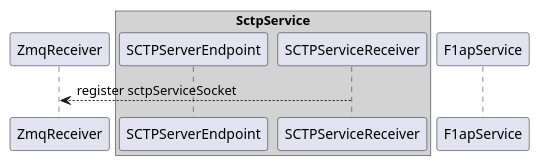
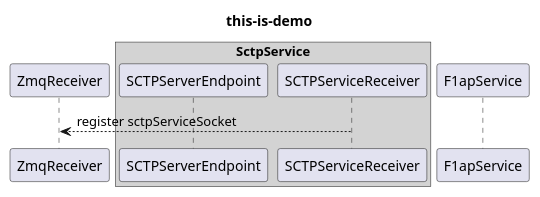
The diagram in etc2.asciidoc (asbcd20z/tt20a), drawn with PlantUML before and after one commit. The commit also changed other lines of this file and 1 other file, not shown here.

Commit message:
etc.md--markdown--topic

```diff
--- a/etc2.asciidoc
+++ b/etc2.asciidoc
@@ -22,13 +25,15 @@
 [plantuml, CpifSctpServiceFlowChart, png]
 ....
-
+@startuml
+title this-is-demo
+'hide footbox
 participant ZmqReceiver
 box "SctpService" #LightGray
 participant SCTPServerEndpoint
 participant SCTPServiceReceiver
 end box
 participant F1apService
 
 SCTPServiceReceiver --> ZmqReceiver: register sctpServiceSocket
-
+@enduml
 ....
```
